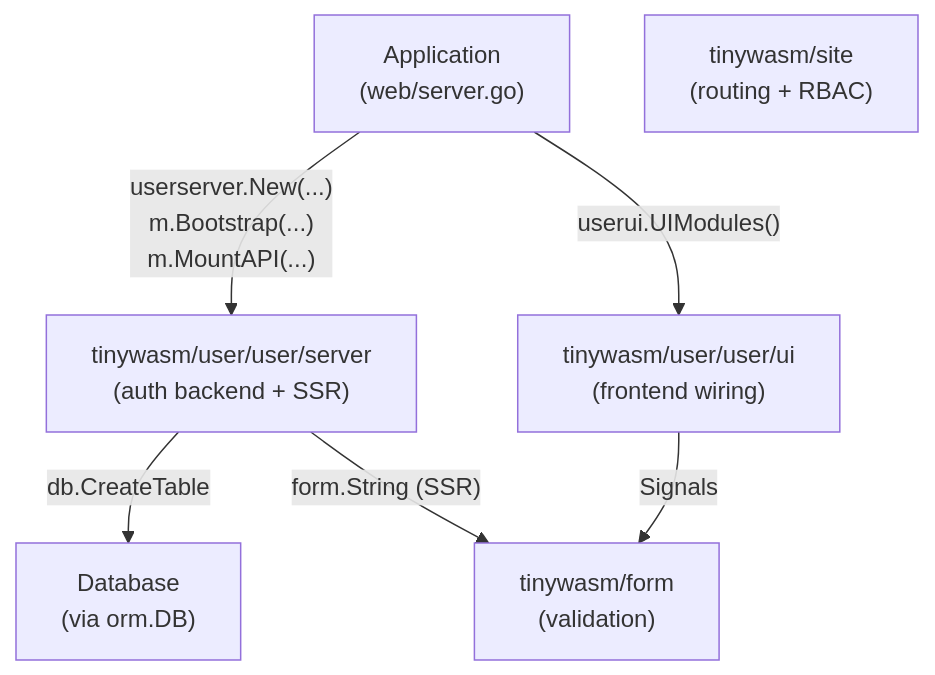
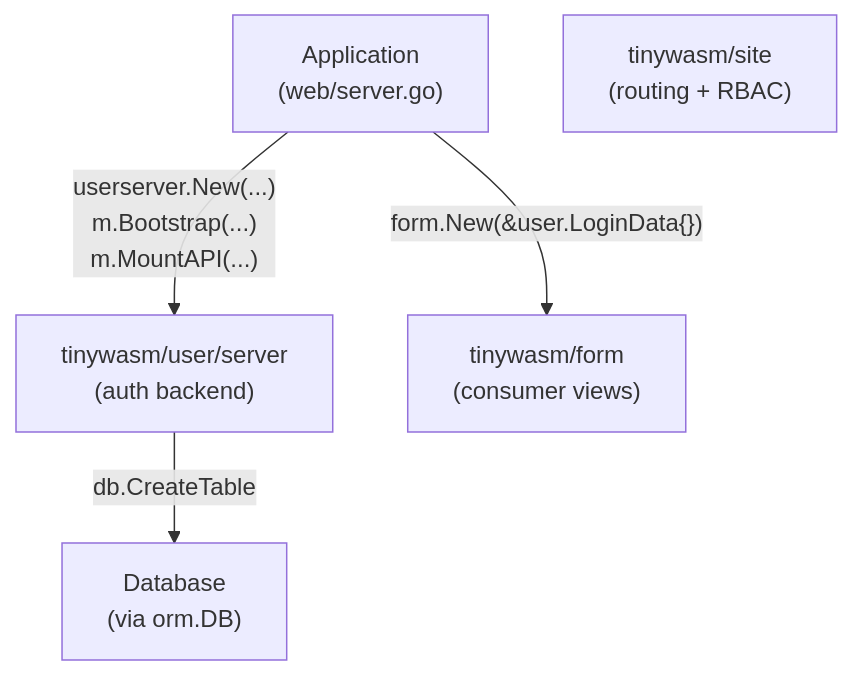
The diagram in docs/ARCHITECTURE.md (tinywasm/user), drawn with Mermaid before and after one commit. The commit also changed other lines of this file and 22 other files, not shown here.

First line of the commit message:
Fix production wiring: typed model Definitions, no views, real browser login POST

````diff
--- a/docs/ARCHITECTURE.md
+++ b/docs/ARCHITECTURE.md
@@ -78,15 +55,12 @@
 ```mermaid
 graph TD
     APP["Application\n(web/server.go)"]
     SITE["tinywasm/site\n(routing + RBAC)"]
-    SERVER["tinywasm/user/user/server\n(auth backend + SSR)"]
-    UI["tinywasm/user/user/ui\n(frontend wiring)"]
-    FORM["tinywasm/form\n(validation)"]
+    SERVER["tinywasm/user/server\n(auth backend)"]
+    FORM["tinywasm/form\n(consumer views)"]
     DB["Database\n(via orm.DB)"]
 
     APP -->|"userserver.New(...)\nm.Bootstrap(...)\nm.MountAPI(...)"| SERVER
-    APP -->|"userui.UIModules()"| UI
+    APP -->|"form.New(&user.LoginData{})"| FORM
     SERVER -->|"db.CreateTable"| DB
-    UI -->|"Signals"| FORM
-    SERVER -->|"form.String (SSR)"| FORM
 ```
````
